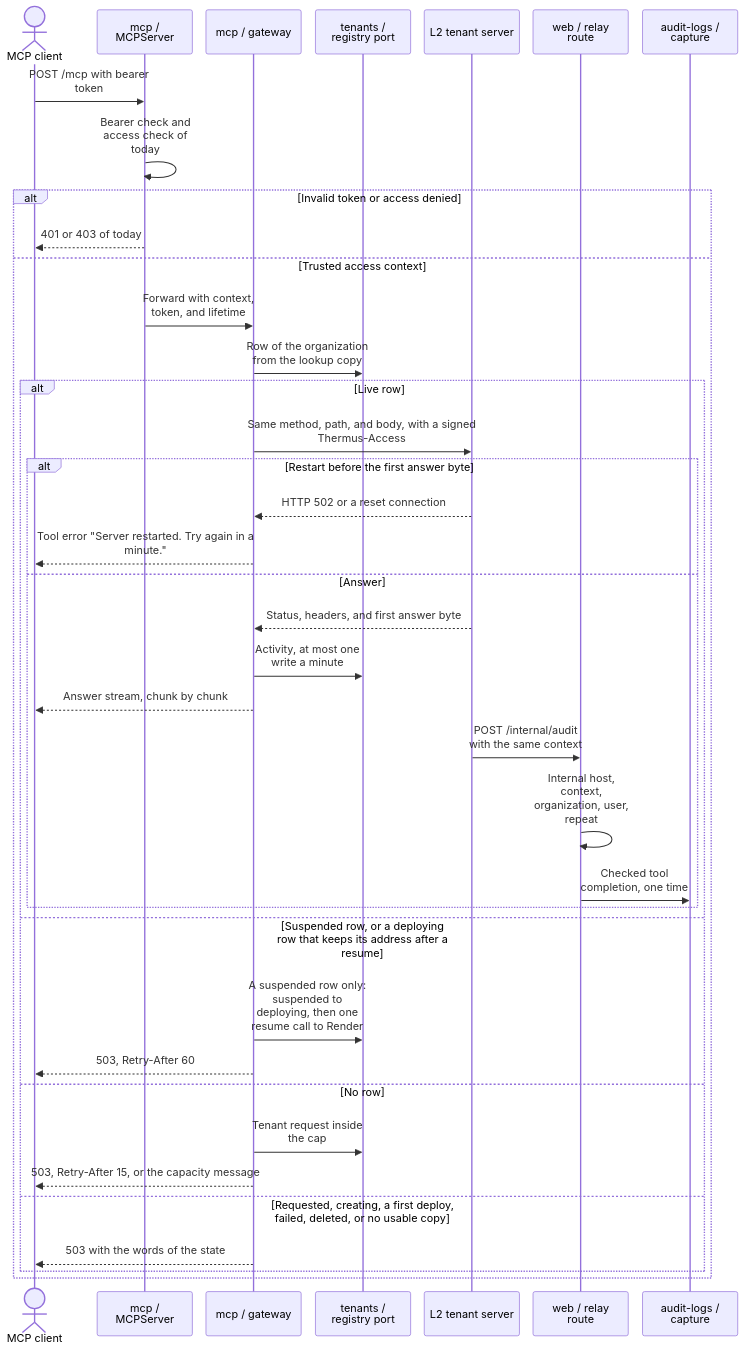
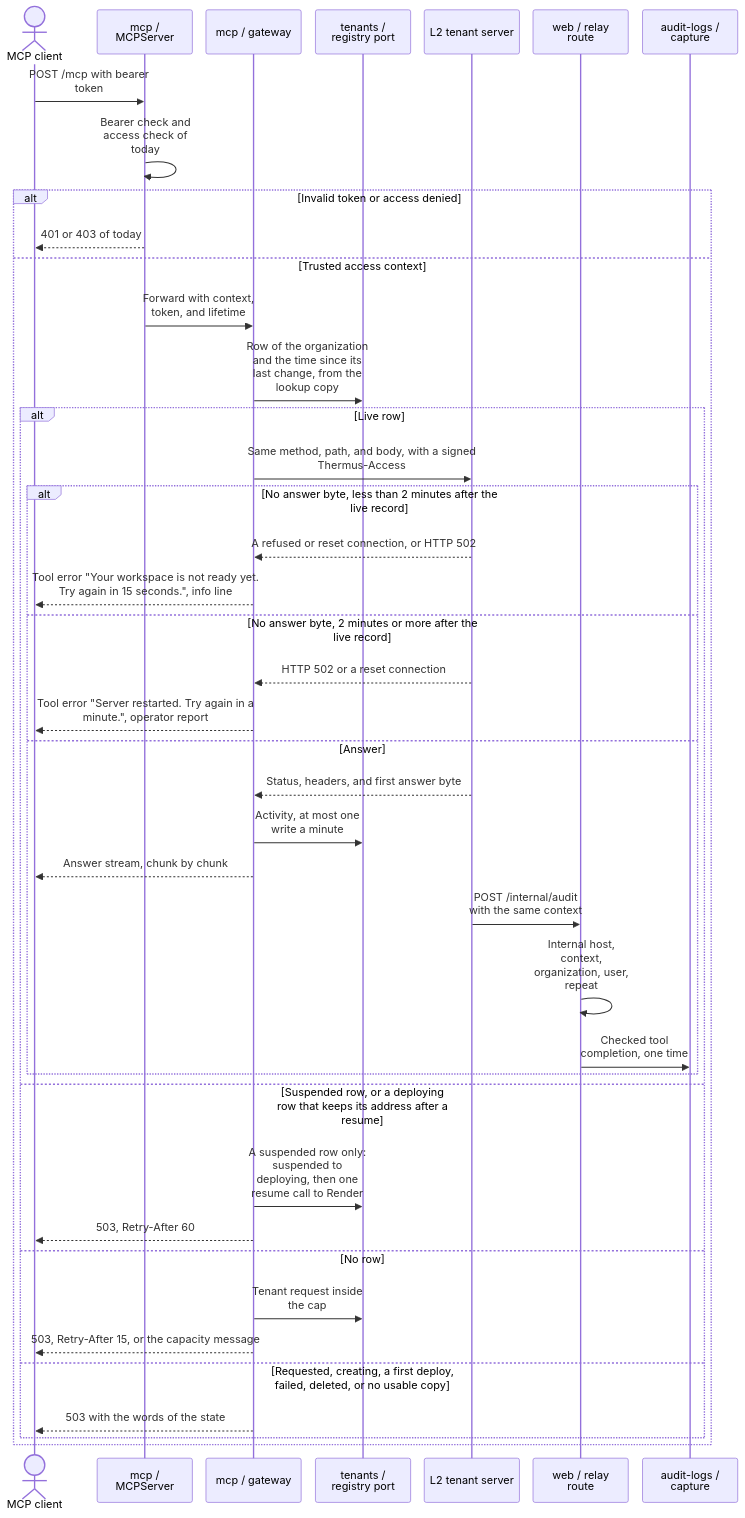
Diagram 15 of 24 in architecture/components.md (tomer-mayara/Thermus), drawn with Mermaid before and after one commit. The commit also changed other lines of this file and 34 other files, not shown here.

````diff
--- a/architecture/components.md
+++ b/architecture/components.md
@@ -1350,41 +1356,44 @@
 ```mermaid
 %%{init: {"sequence": {"wrap": true, "actorMargin": 20, "width": 140}}}%%
 sequenceDiagram
   actor Client as MCP client
   participant MCP as mcp / MCPServer
   participant Gateway as mcp / gateway
   participant Registry as tenants / registry port
   participant Tenant as L2 tenant server
   participant Relay as web / relay route
   participant Audit as audit-logs / capture
   Client->>MCP: POST /mcp with bearer token
   MCP->>MCP: Bearer check and access check of today
   alt Invalid token or access denied
     MCP-->>Client: 401 or 403 of today
   else Trusted access context
     MCP->>Gateway: Forward with context, token, and lifetime
-    Gateway->>Registry: Row of the organization from the lookup copy
+    Gateway->>Registry: Row of the organization and the time since its last change, from the lookup copy
     alt Live row
       Gateway->>Tenant: Same method, path, and body, with a signed Thermus-Access
-      alt Restart before the first answer byte
+      alt No answer byte, less than 2 minutes after the live record
+        Tenant-->>Gateway: A refused or reset connection, or HTTP 502
+        Gateway-->>Client: Tool error "Your workspace is not ready yet. Try again in 15 seconds.", info line
+      else No answer byte, 2 minutes or more after the live record
         Tenant-->>Gateway: HTTP 502 or a reset connection
-        Gateway-->>Client: Tool error "Server restarted. Try again in a minute."
+        Gateway-->>Client: Tool error "Server restarted. Try again in a minute.", operator report
       else Answer
         Tenant-->>Gateway: Status, headers, and first answer byte
         Gateway->>Registry: Activity, at most one write a minute
         Gateway-->>Client: Answer stream, chunk by chunk
         Tenant->>Relay: POST /internal/audit with the same context
         Relay->>Relay: Internal host, context, organization, user, repeat
         Relay->>Audit: Checked tool completion, one time
       end
     else Suspended row, or a deploying row that keeps its address after a resume
       Gateway->>Registry: A suspended row only: suspended to deploying, then one resume call to Render
       Gateway-->>Client: 503, Retry-After 60
     else No row
       Gateway->>Registry: Tenant request inside the cap
       Gateway-->>Client: 503, Retry-After 15, or the capacity message
     else Requested, creating, a first deploy, failed, deleted, or no usable copy
       Gateway-->>Client: 503 with the words of the state
     end
   end
 ```
````
